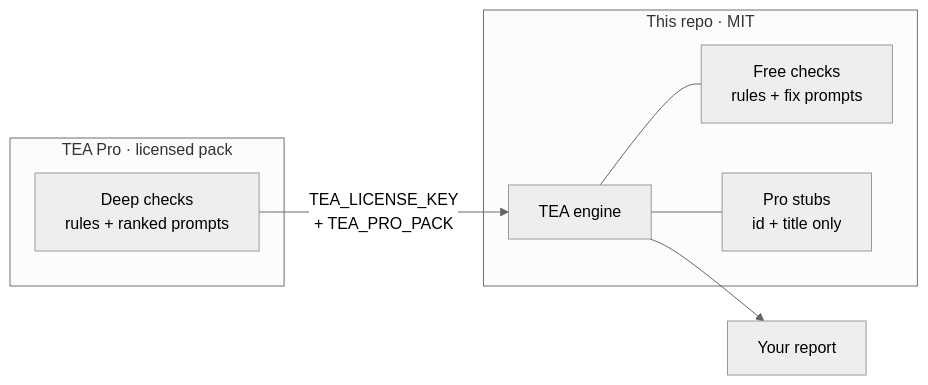
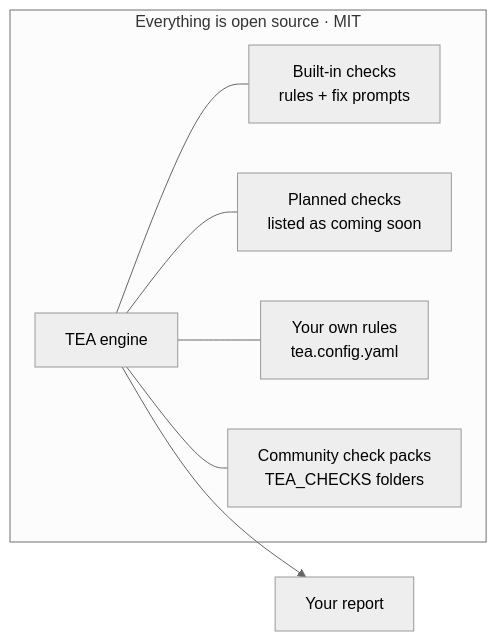
The seventh of 9 diagrams in README.md (deepbratt/TEA), drawn with Mermaid (neutral theme) before and after one commit. The commit also changed other lines of this file and 63 other files, not shown here.

First line of the commit message:
Everything open source, your own rules, presets for non-techs, motion, README guide

````diff
--- a/README.md
+++ b/README.md
@@ -386,12 +561,10 @@
 ```mermaid
 flowchart LR
-    subgraph OSS["This repo · MIT"]
-      E[TEA engine] --- FC[Free checks<br/>rules + fix prompts]
-      E --- PS[Pro stubs<br/>id + title only]
+    subgraph OSS["Everything is open source · MIT"]
+      E[TEA engine] --- FC[Built-in checks<br/>rules + fix prompts]
+      E --- PL[Planned checks<br/>listed as coming soon]
+      E --- CR[Your own rules<br/>tea.config.yaml]
+      E --- CP[Community check packs<br/>TEA_CHECKS folders]
     end
-    subgraph PRO["TEA Pro · licensed pack"]
-      PP[Deep checks<br/>rules + ranked prompts]
-    end
-    PP -->|TEA_LICENSE_KEY<br/>+ TEA_PRO_PACK| E
     E --> R[Your report]
 ```
````
